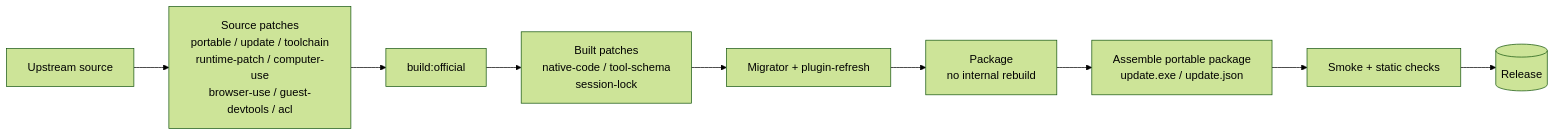
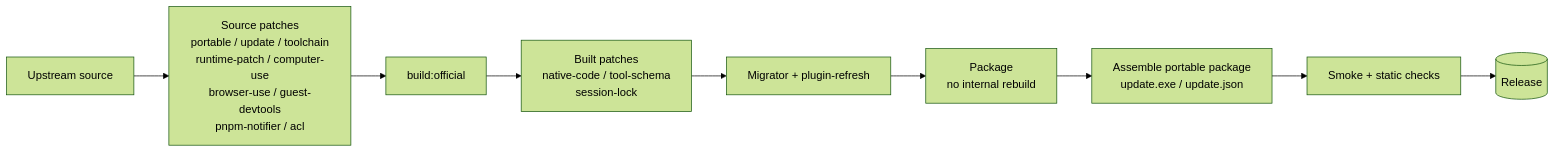
The diagram in README.en.md (citydirector/DSH-build), drawn with Mermaid (forest theme) before and after one commit. The commit also changed other lines of this file and 1 other file, not shown here.

Commit message:
docs(readme): describe the upstream-following pnpm pin and the silenced notifier

````diff
--- a/README.en.md
+++ b/README.en.md
@@ -71,11 +72,11 @@
 ```mermaid
 flowchart LR
-  U[Upstream source] --> S[Source patches<br/>portable / update / toolchain<br/>runtime-patch / computer-use<br/>browser-use / guest-devtools / acl]
+  U[Upstream source] --> S[Source patches<br/>portable / update / toolchain<br/>runtime-patch / computer-use<br/>browser-use / guest-devtools<br/>pnpm-notifier / acl]
   S --> B[build:official]
   B --> L[Built patches<br/>native-code / tool-schema<br/>session-lock]
   L --> M[Migrator + plugin-refresh]
   M --> P[Package<br/>no internal rebuild]
   P --> G[Assemble portable package<br/>update.exe / update.json]
   G --> V[Smoke + static checks]
   V --> R[(Release)]
 ```
````
